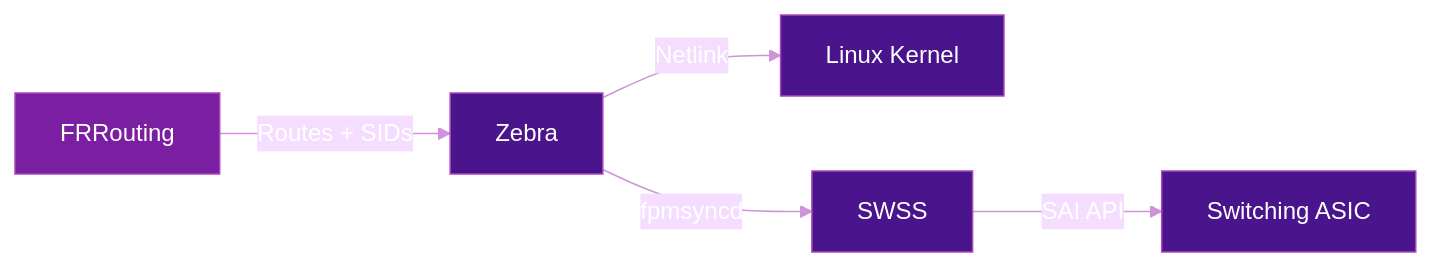
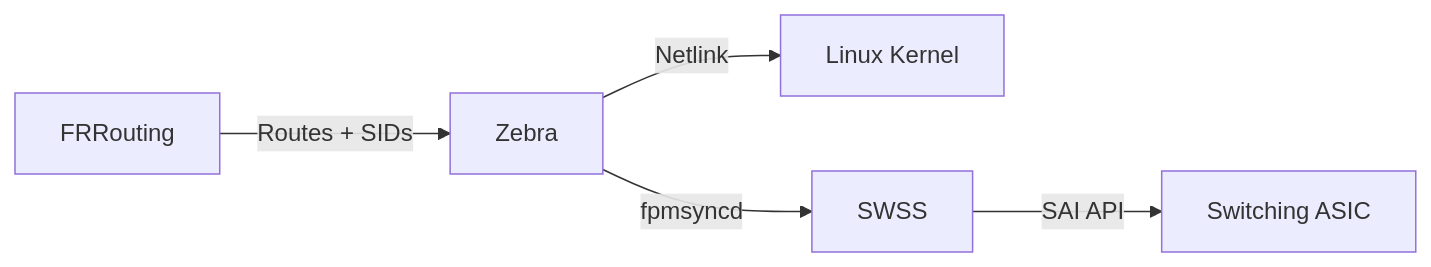
Before and after one commit to eldaninavas/srv6.md: the diagram in docs/topics/sonic-sai.md, drawn with Mermaid. The commit also changed 29 other files, not shown here.

First line of the commit message:
fix(mermaid): apply theme-aware colors site-wide

````diff
--- a/docs/topics/sonic-sai.md
+++ b/docs/topics/sonic-sai.md
@@ -88,14 +88,7 @@
 ```mermaid
-%%{init: {"theme": "base", "themeVariables": {"primaryTextColor": "#fff", "lineColor": "#ce93d8", "textColor": "#fff"}}}%%
 graph LR
     FRR[FRRouting] -->|Routes + SIDs| Zebra[Zebra]
     Zebra -->|Netlink| Kernel[Linux Kernel]
     Zebra -->|fpmsyncd| SWSS[SWSS]
     SWSS -->|SAI API| ASIC[Switching ASIC]
-
-    style FRR fill:#7b1fa2,color:#fff,stroke:#ab47bc
-    style ASIC fill:#4a148c,color:#fff,stroke:#ab47bc
-    style SWSS fill:#4a148c,color:#fff,stroke:#ab47bc
-    style Zebra fill:#4a148c,color:#fff,stroke:#ab47bc
-    style Kernel fill:#4a148c,color:#fff,stroke:#ab47bc
 ```
````
